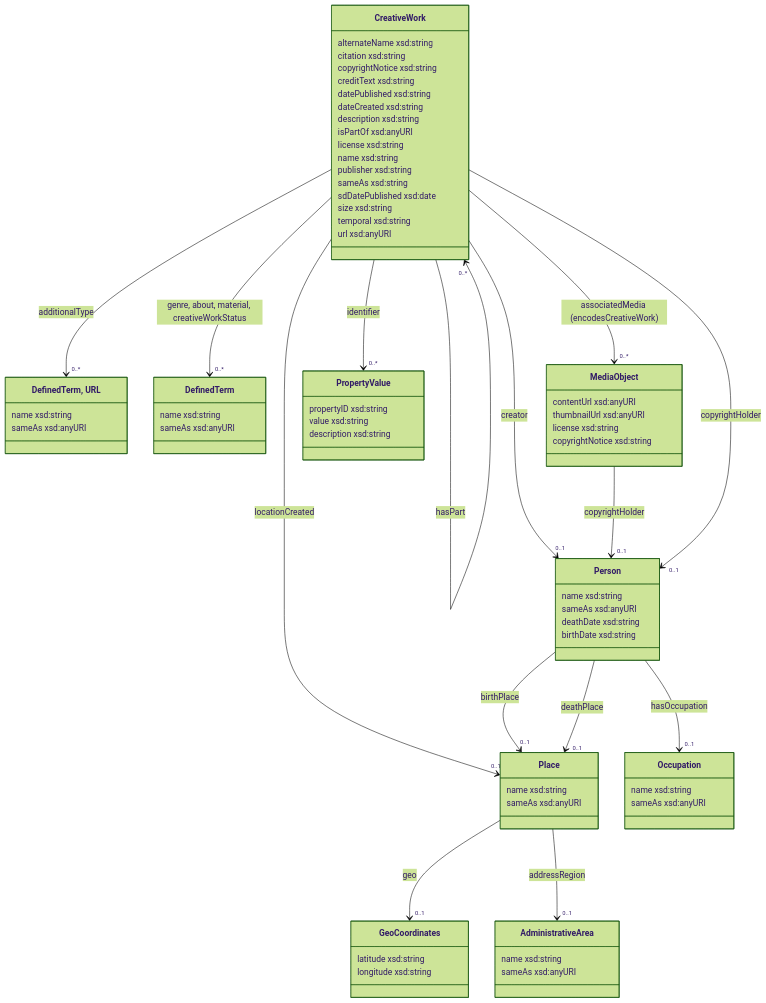
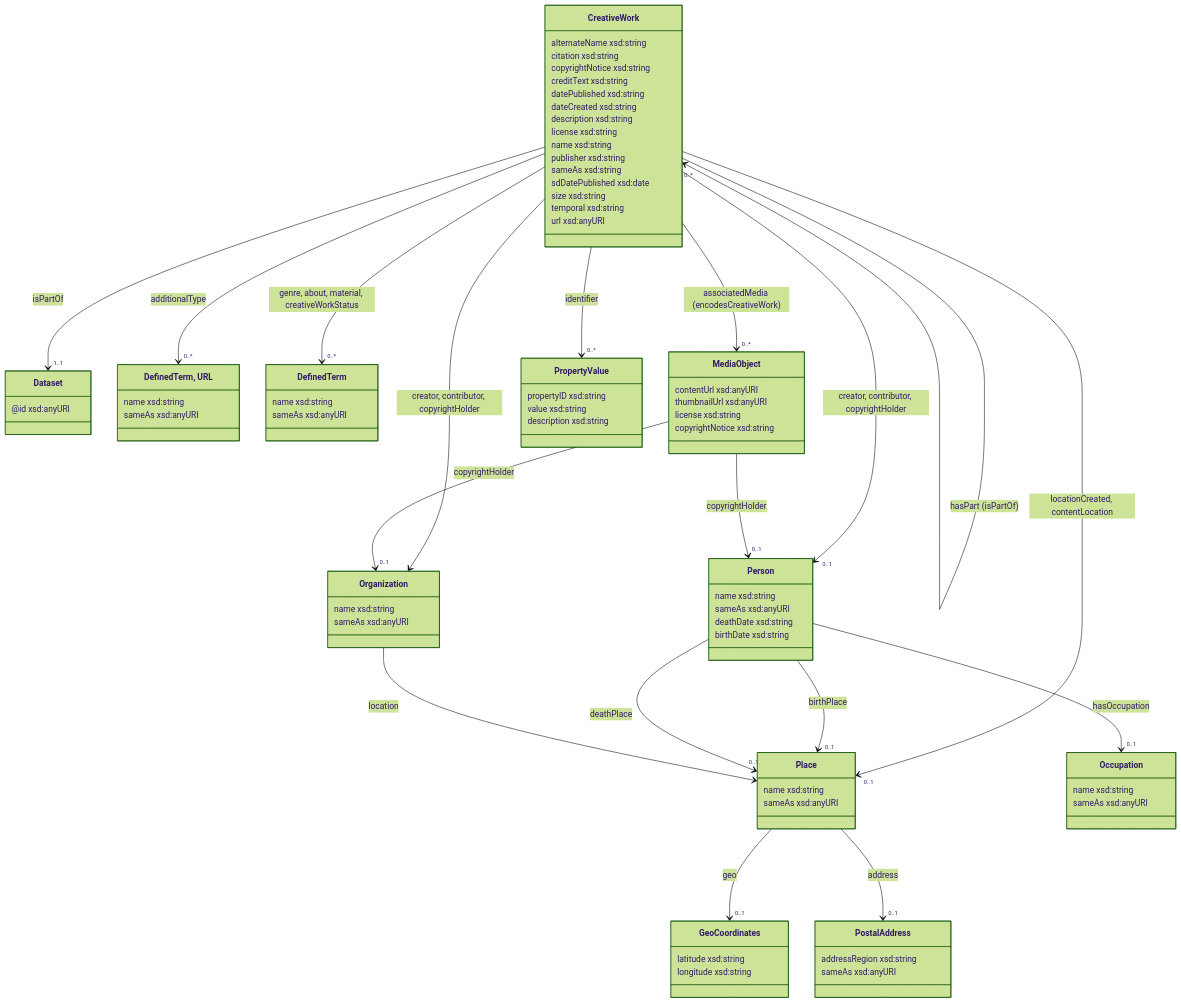
The diagram in index.md (collectienederland/applicatieprofiel), drawn with Mermaid before and after one commit. The commit also changed other lines of this file and 1 other file, not shown here.

```diff
--- a/index.md
+++ b/index.md
@@ -83,7 +83,6 @@
   datePublished xsd:string 
   dateCreated xsd:string 
   description xsd:string 
-  isPartOf xsd:anyURI 
   license xsd:string 
   name xsd:string 
   publisher xsd:string 
@@ -93,8 +92,12 @@
   temporal xsd:string 
   url xsd:anyURI 
 }
+creativework --> "0..*" creativework: hasPart (isPartOf)
 
-creativework --> "0..*" creativework: hasPart
+class dataset["Dataset"] {
+  @id xsd:anyURI
+}
+creativework --> "1..1" dataset: isPartOf
 
 class additional["DefinedTerm, URL"] {
   name xsd:string
@@ -107,6 +110,7 @@
   sameAs xsd:anyURI
 }
 creativework --> "0..*" defterm: genre, about, material, creativeWorkStatus
+
 class place["Place"] {
   name xsd:string
   sameAs xsd:anyURI
@@ -117,13 +121,13 @@
   longitude xsd:string
 }
 
-class adminarea["AdministrativeArea"] {
-  name xsd:string
+class postaladdress["PostalAddress"] {
+  addressRegion xsd:string
   sameAs xsd:anyURI
 }
-creativework --> "0..1" place: locationCreated
+creativework --> "0..1" place: locationCreated, contentLocation 
 place --> "0..1" geocoor: geo
-place --> "0..1" adminarea: addressRegion
+place --> "0..1" postaladdress: address
 
 class person["Person"]{
   name xsd:string 
@@ -131,9 +135,18 @@
   deathDate xsd:string  
   birthDate xsd:string 
 }
-creativework --> "0..1" person: creator
+creativework --> "0..1" person: creator, contributor, copyrightHolder
 person --> "0..1" place: birthPlace
 person --> "0..1" place: deathPlace
+
+class organization["Organization"]{
+  name xsd:string 
+  sameAs xsd:anyURI 
+}
+
+organization --> place: location
+creativework --> organization: creator, contributor, copyrightHolder
+mediaobject --> "0..1" organization:copyrightHolder
 
 class occupation["Occupation"]{
   name xsd:string 
@@ -149,7 +162,6 @@
 }
 creativework --> "0..*" mediaobject: associatedMedia (encodesCreativeWork)
 mediaobject --> "0..1" person:copyrightHolder
-creativework --> "0..1" person:copyrightHolder
 
 class propval["PropertyValue"] {
   propertyID xsd:string
```
